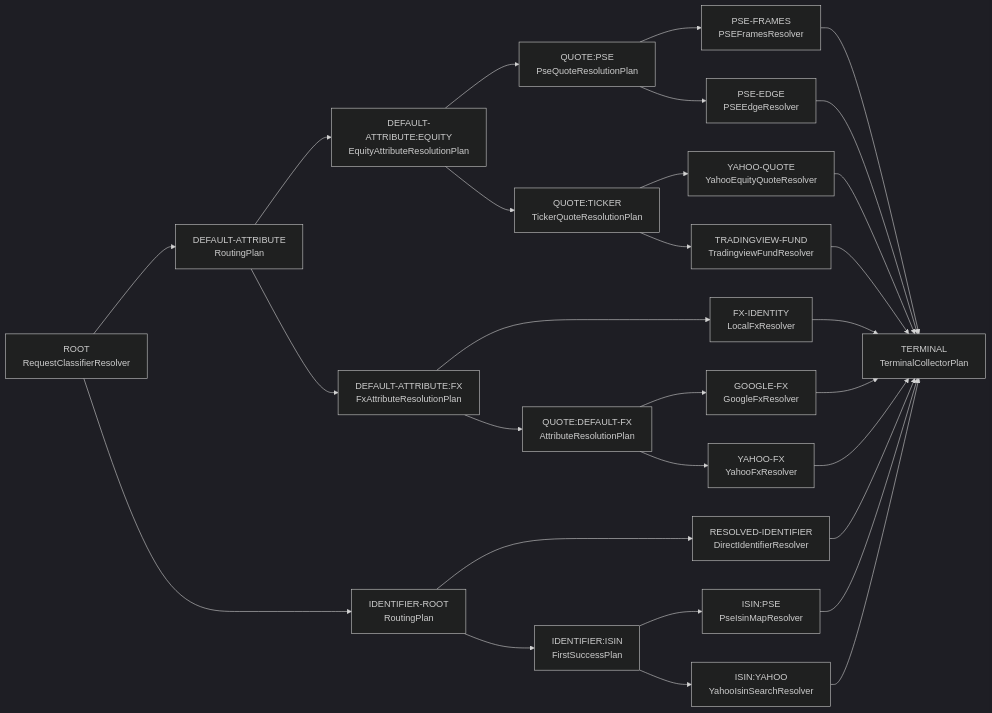
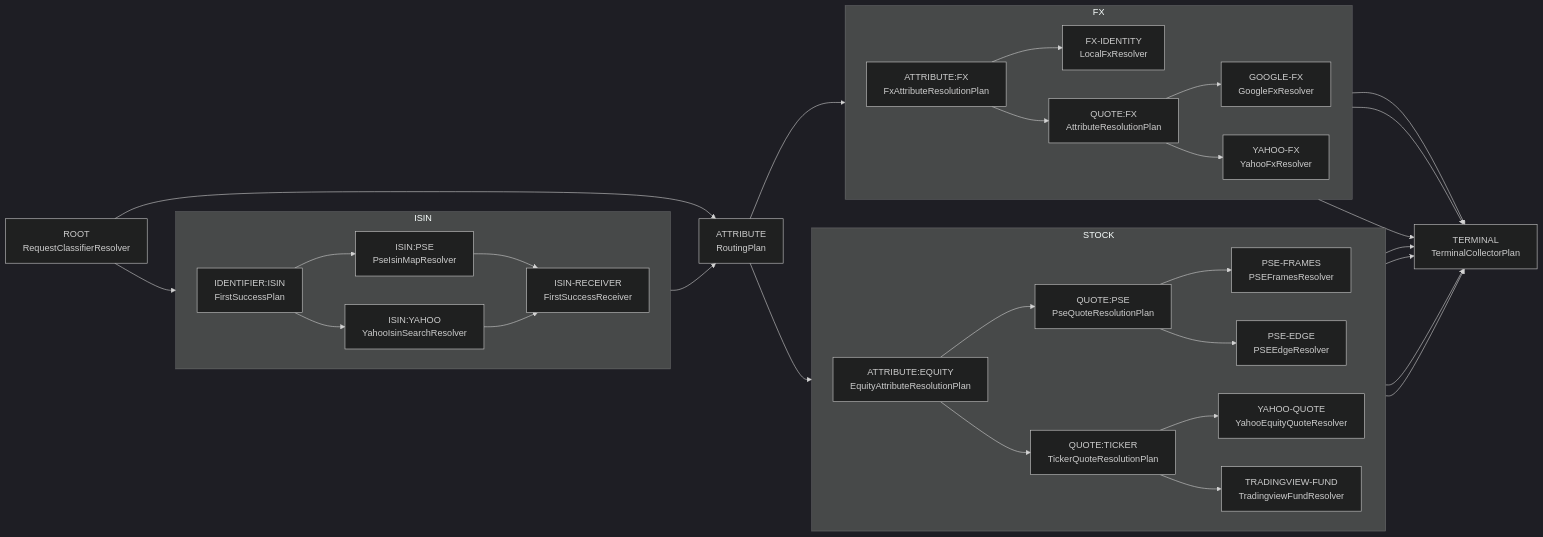
The diagram in docs/design/routing/graph-driven-execution.md (omry/hoodlefinance), drawn with Mermaid (dark theme) before and after one commit. The commit also changed other lines of this file and 21 other files, not shown here.

First line of the commit message:
feat: graph-driven execution Phase 1 — graph topology, NodeResult/NodeExecutor types, node ID cleanup

````diff
--- a/docs/design/routing/graph-driven-execution.md
+++ b/docs/design/routing/graph-driven-execution.md
@@ -116,51 +116,57 @@
 ```mermaid
 flowchart LR
   N0["ROOT<br/>RequestClassifierResolver"]
-  N1["DEFAULT-ATTRIBUTE<br/>RoutingPlan"]
-  N2["IDENTIFIER-ROOT<br/>RoutingPlan"]
-  N3["DEFAULT-ATTRIBUTE:EQUITY<br/>EquityAttributeResolutionPlan"]
-  N4["DEFAULT-ATTRIBUTE:FX<br/>FxAttributeResolutionPlan"]
-  N5["RESOLVED-IDENTIFIER<br/>DirectIdentifierResolver"]
-  N6["IDENTIFIER:ISIN<br/>FirstSuccessPlan"]
-  N7["QUOTE:PSE<br/>PseQuoteResolutionPlan"]
-  N8["QUOTE:TICKER<br/>TickerQuoteResolutionPlan"]
-  N9["FX-IDENTITY<br/>LocalFxResolver"]
-  N10["QUOTE:DEFAULT-FX<br/>AttributeResolutionPlan"]
-  N11["ISIN:PSE<br/>PseIsinMapResolver"]
-  N12["ISIN:YAHOO<br/>YahooIsinSearchResolver"]
-  N13["PSE-FRAMES<br/>PSEFramesResolver"]
-  N14["PSE-EDGE<br/>PSEEdgeResolver"]
-  N15["YAHOO-QUOTE<br/>YahooEquityQuoteResolver"]
-  N16["TRADINGVIEW-FUND<br/>TradingviewFundResolver"]
-  N17["GOOGLE-FX<br/>GoogleFxResolver"]
-  N18["YAHOO-FX<br/>YahooFxResolver"]
-  N19["TERMINAL<br/>TerminalCollectorPlan"]
+  N5["ATTRIBUTE<br/>RoutingPlan"]
+  N18["TERMINAL<br/>TerminalCollectorPlan"]
+  subgraph N1SG["ISIN"]
+    direction LR
+    N1["IDENTIFIER:ISIN<br/>FirstSuccessPlan"]
+    N2["ISIN:PSE<br/>PseIsinMapResolver"]
+    N3["ISIN:YAHOO<br/>YahooIsinSearchResolver"]
+    N4["ISIN-RECEIVER<br/>FirstSuccessReceiver"]
+  end
+  subgraph N6SG["STOCK"]
+    direction LR
+    N6["ATTRIBUTE:EQUITY<br/>EquityAttributeResolutionPlan"]
+    N8["QUOTE:PSE<br/>PseQuoteResolutionPlan"]
+    N9["QUOTE:TICKER<br/>TickerQuoteResolutionPlan"]
+    N12["PSE-FRAMES<br/>PSEFramesResolver"]
+    N13["PSE-EDGE<br/>PSEEdgeResolver"]
+    N14["YAHOO-QUOTE<br/>YahooEquityQuoteResolver"]
+    N15["TRADINGVIEW-FUND<br/>TradingviewFundResolver"]
+  end
+  subgraph N7SG["FX"]
+    direction LR
+    N7["ATTRIBUTE:FX<br/>FxAttributeResolutionPlan"]
+    N10["FX-IDENTITY<br/>LocalFxResolver"]
+    N11["QUOTE:FX<br/>AttributeResolutionPlan"]
+    N16["GOOGLE-FX<br/>GoogleFxResolver"]
+    N17["YAHOO-FX<br/>YahooFxResolver"]
+  end
+  N0 --> N5
   N0 --> N1
-  N0 --> N2
+  N1 --> N2
   N1 --> N3
-  N1 --> N4
-  N2 --> N5
-  N2 --> N6
-  N3 --> N7
-  N3 --> N8
-  N4 --> N9
-  N4 --> N10
-  N5 --> N19
-  N6 --> N11
-  N6 --> N12
-  N7 --> N13
-  N7 --> N14
-  N8 --> N15
-  N8 --> N16
-  N9 --> N19
-  N10 --> N17
+  N2 --> N4
+  N3 --> N4
+  N4 --> N5
+  N5 --> N6
+  N5 --> N7
+  N6 --> N8
+  N6 --> N9
+  N7 --> N10
+  N7 --> N11
+  N8 --> N12
+  N8 --> N13
+  N9 --> N14
+  N9 --> N15
   N10 --> N18
-  N11 --> N19
-  N12 --> N19
-  N13 --> N19
-  N14 --> N19
-  N15 --> N19
-  N16 --> N19
-  N17 --> N19
-  N18 --> N19
+  N11 --> N16
+  N11 --> N17
+  N12 --> N18
+  N13 --> N18
+  N14 --> N18
+  N15 --> N18
+  N16 --> N18
+  N17 --> N18
 ```
````
